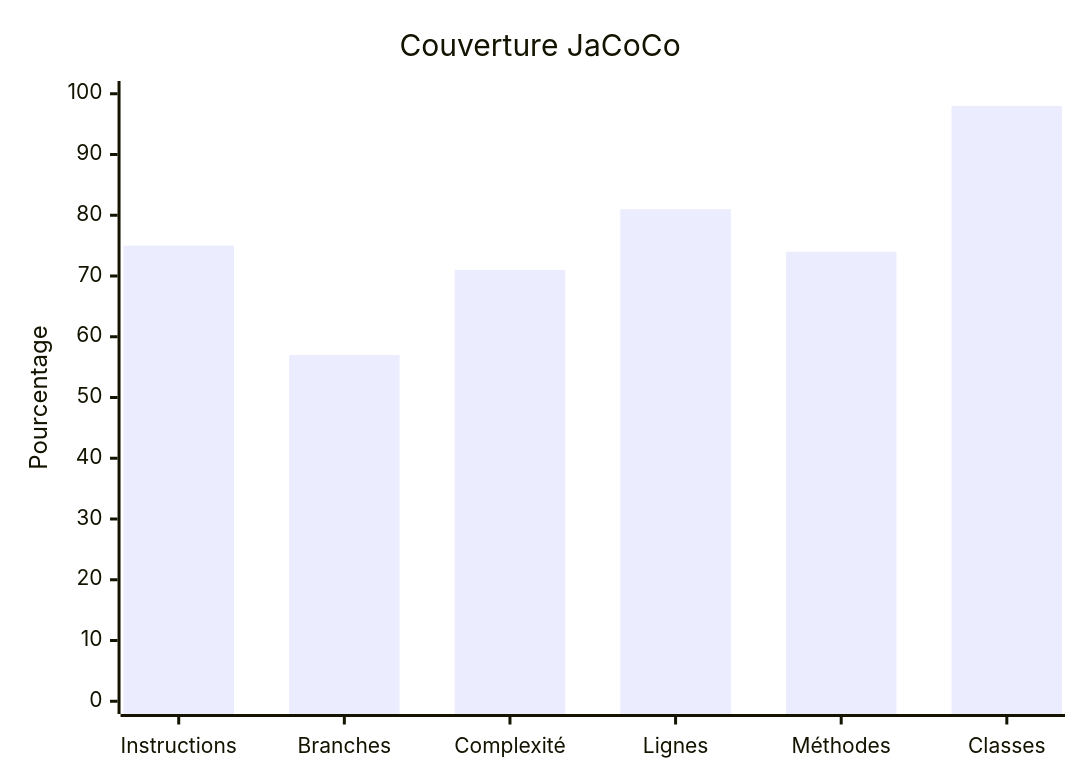
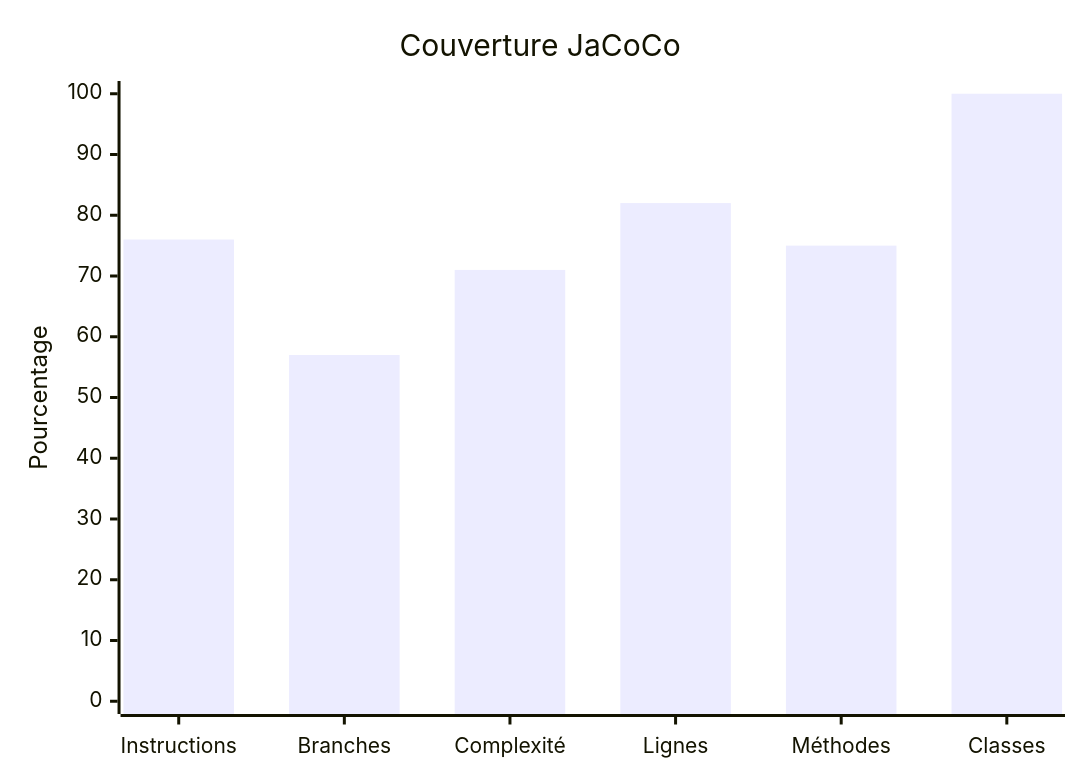
One commit to ArnaudClaire/GamesUp changed the fifth of 5 diagrams in DOCUMENTATION_LIVRABLE.md. Above: the diagram before and after it, drawn with Mermaid. The commit also changed other lines of this file and 5 other files, not shown here.

````diff
--- a/DOCUMENTATION_LIVRABLE.md
+++ b/DOCUMENTATION_LIVRABLE.md
@@ -496,7 +496,7 @@
 ```mermaid
 xychart-beta
     title "Couverture JaCoCo"
     x-axis ["Instructions", "Branches", "Complexité", "Lignes", "Méthodes", "Classes"]
     y-axis "Pourcentage" 0 --> 100
-    bar [75, 57, 71, 81, 74, 98]
+    bar [76, 57, 71, 82, 75, 100]
 ```
````
